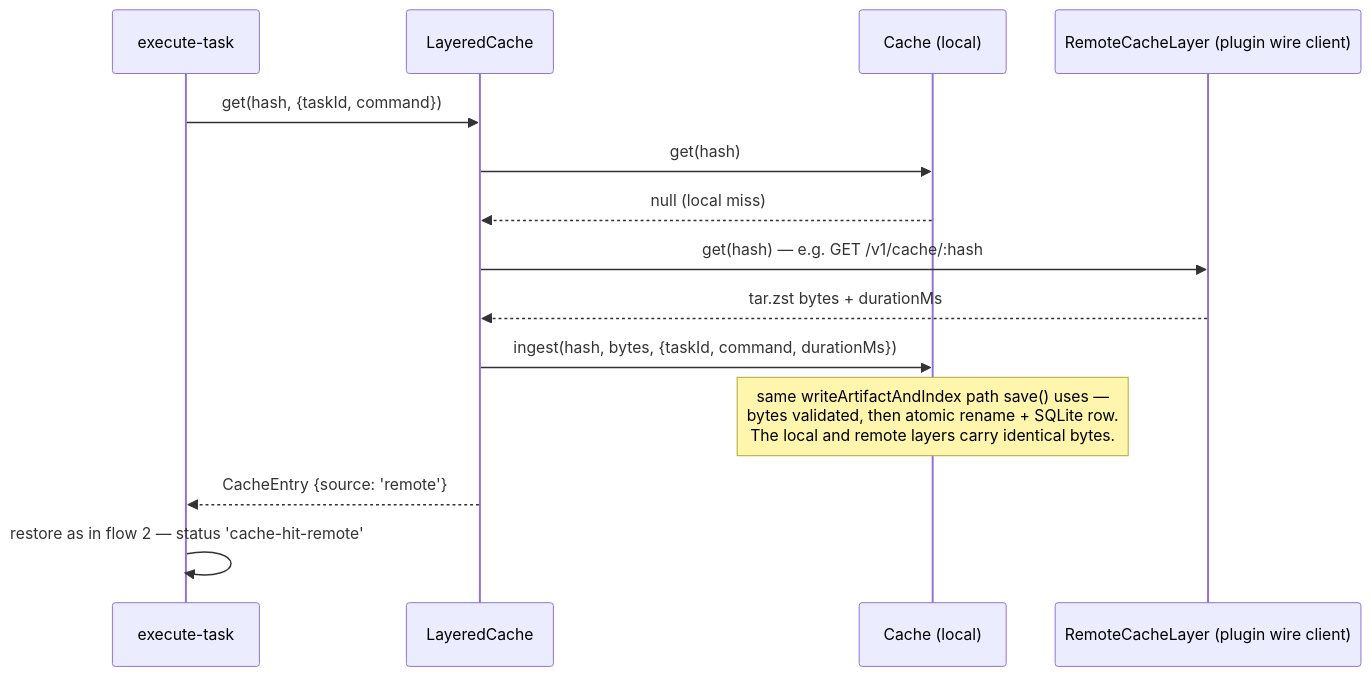
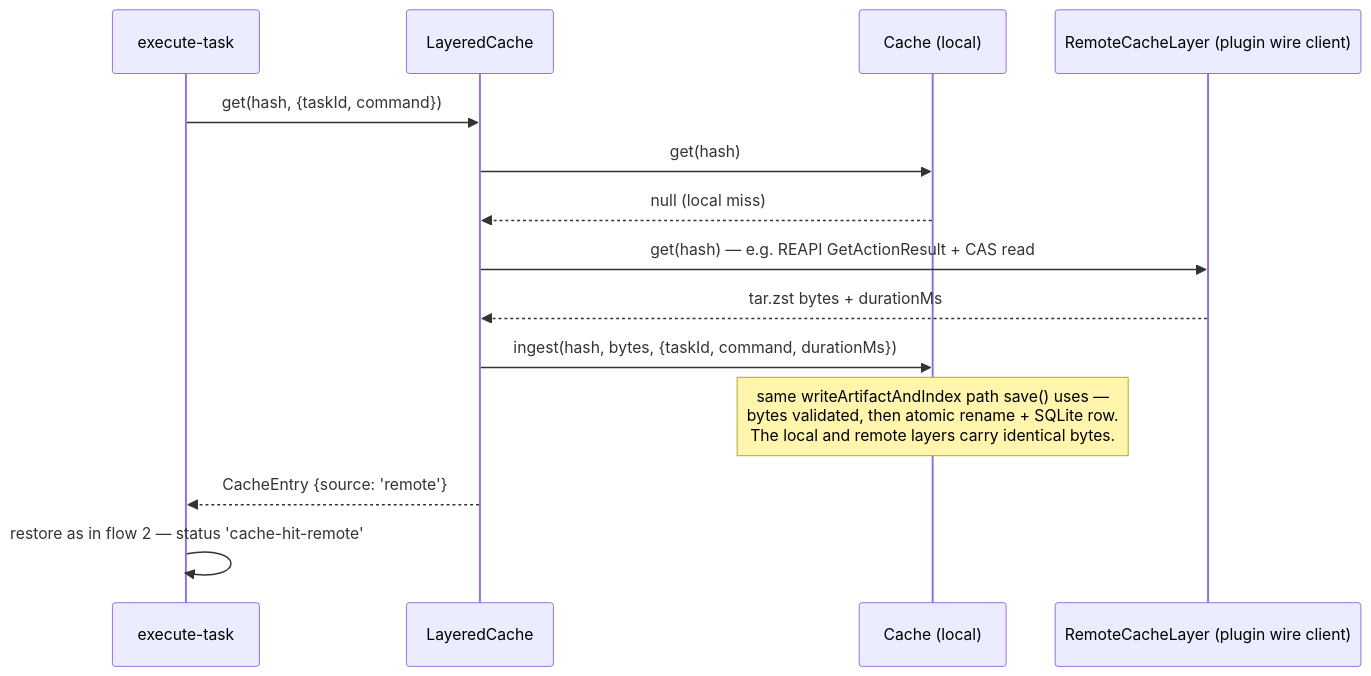
The third of 10 diagrams in docs/flows.md (vznjs/vx), drawn with Mermaid before and after one commit. The commit also changed 3 other files, not shown here.

````diff
--- a/docs/flows.md
+++ b/docs/flows.md
@@ -79,17 +79,17 @@
 ```mermaid
 sequenceDiagram
     participant X as execute-task
     participant L as LayeredCache
     participant LC as Cache (local)
     participant RC as RemoteCacheLayer (plugin wire client)
 
     X->>L: get(hash, {taskId, command})
     L->>LC: get(hash)
     LC-->>L: null (local miss)
-    L->>RC: get(hash) — e.g. GET /v1/cache/:hash
+    L->>RC: get(hash) — e.g. REAPI GetActionResult + CAS read
     RC-->>L: tar.zst bytes + durationMs
     L->>LC: ingest(hash, bytes, {taskId, command, durationMs})
     Note over LC: same writeArtifactAndIndex path save() uses —<br/>bytes validated, then atomic rename + SQLite row.<br/>The local and remote layers carry identical bytes.
     L-->>X: CacheEntry {source: 'remote'}
     X->>X: restore as in flow 2 — status 'cache-hit-remote'
 ```
````
